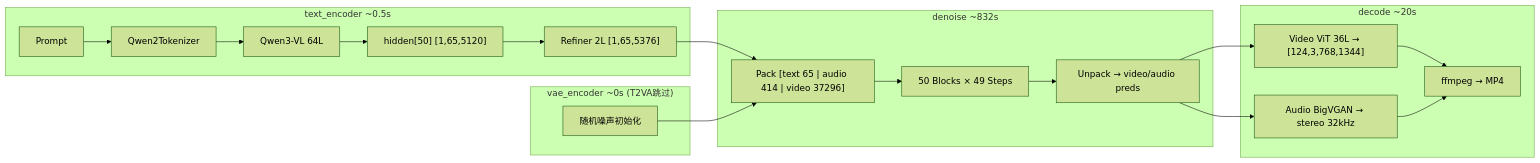
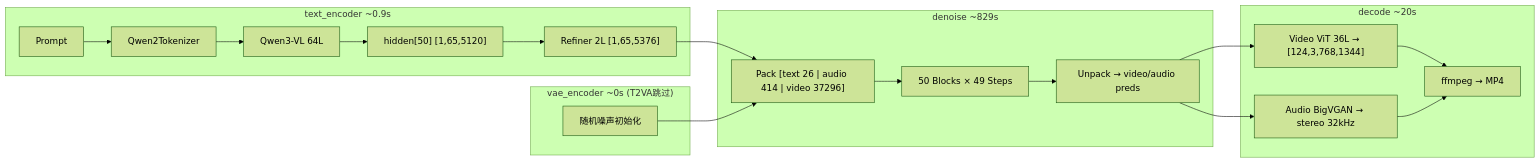
One commit to chengyuyuea/minmax_test changed the third of 3 diagrams in docs/minimax-h3-inference-guide.md. Above: the diagram before and after it, drawn with Mermaid (forest theme). The commit also changed other lines of this file and 219 other files, not shown here.

````diff
--- a/docs/minimax-h3-inference-guide.md
+++ b/docs/minimax-h3-inference-guide.md
@@ -273,24 +302,24 @@
 ```mermaid
 graph LR
-    subgraph "text_encoder ~0.5s"
+    subgraph "text_encoder ~0.9s"
         A["Prompt"] --> B["Qwen2Tokenizer"]
         B --> C["Qwen3-VL 64L"]
         C --> D["hidden[50] [1,65,5120]"]
         D --> E["Refiner 2L [1,65,5376]"]
     end
     subgraph "vae_encoder ~0s (T2VA跳过)"
         F["随机噪声初始化"]
     end
-    subgraph "denoise ~832s"
-        E --> G["Pack [text 65 | audio 414 | video 37296]"]
+    subgraph "denoise ~829s"
+        E --> G["Pack [text 26 | audio 414 | video 37296]"]
         F --> G
         G --> H["50 Blocks × 49 Steps"]
         H --> I["Unpack → video/audio preds"]
     end
     subgraph "decode ~20s"
         I --> J["Video ViT 36L → [124,3,768,1344]"]
         I --> K["Audio BigVGAN → stereo 32kHz"]
         J --> L["ffmpeg → MP4"]
         K --> L
     end
 ```
````
